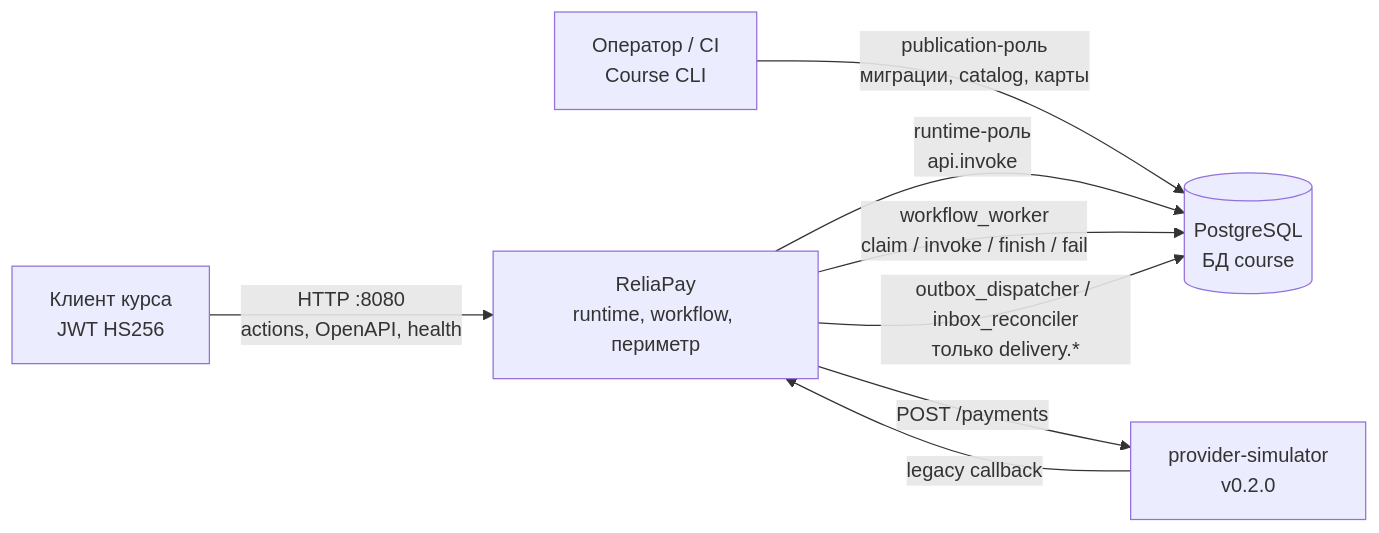
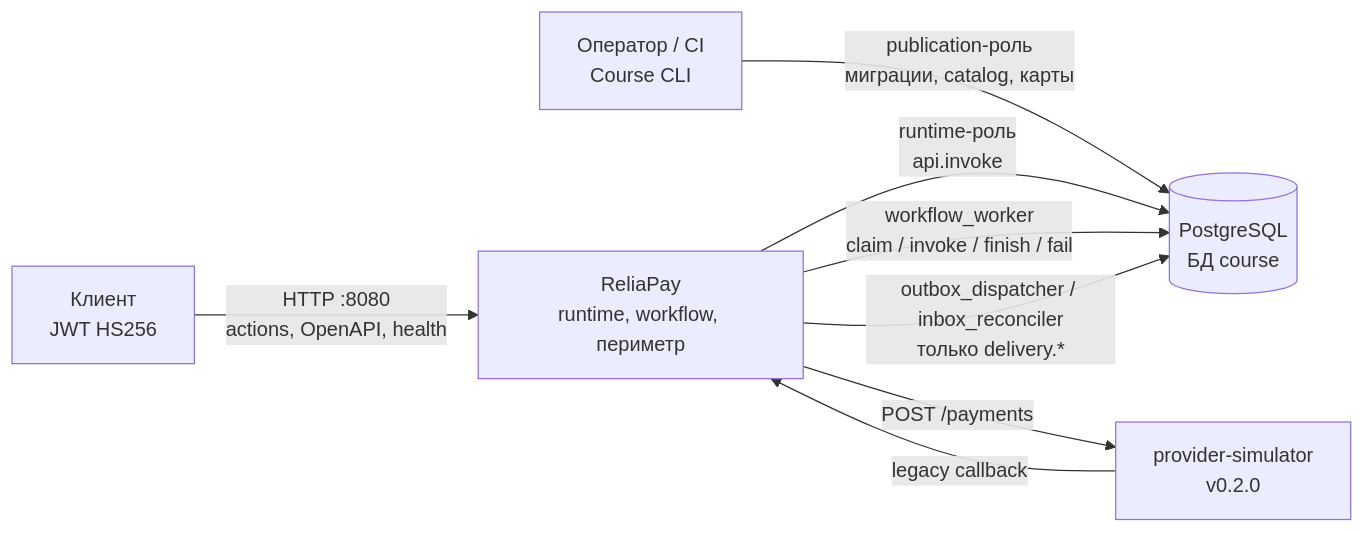
Before and after one commit to simbarilion/ReliaPay: the first of 2 diagrams in docs/c4-containers.md, drawn with Mermaid. The commit also changed other lines of this file and 7 other files, not shown here.

````diff
--- a/docs/c4-containers.md
+++ b/docs/c4-containers.md
@@ -9,16 +9,16 @@
 ```mermaid
 flowchart LR
-  client["Клиент курса<br/>JWT HS256"]
+  client["Клиент<br/>JWT HS256"]
   operator["Оператор / CI<br/>Course CLI"]
   system["ReliaPay<br/>runtime, workflow, периметр"]
   db[("PostgreSQL<br/>БД course")]
   provider["provider-simulator<br/>v0.2.0"]
 
   client -->|"HTTP :8080<br/>actions, OpenAPI, health"| system
   operator -->|"publication-роль<br/>миграции, catalog, карты"| db
   system -->|"runtime-роль<br/>api.invoke"| db
   system -->|"workflow_worker<br/>claim / invoke / finish / fail"| db
   system -->|"outbox_dispatcher / inbox_reconciler<br/>только delivery.*"| db
   system -->|"POST /payments"| provider
   provider -->|"legacy callback"| system
 ```
````
